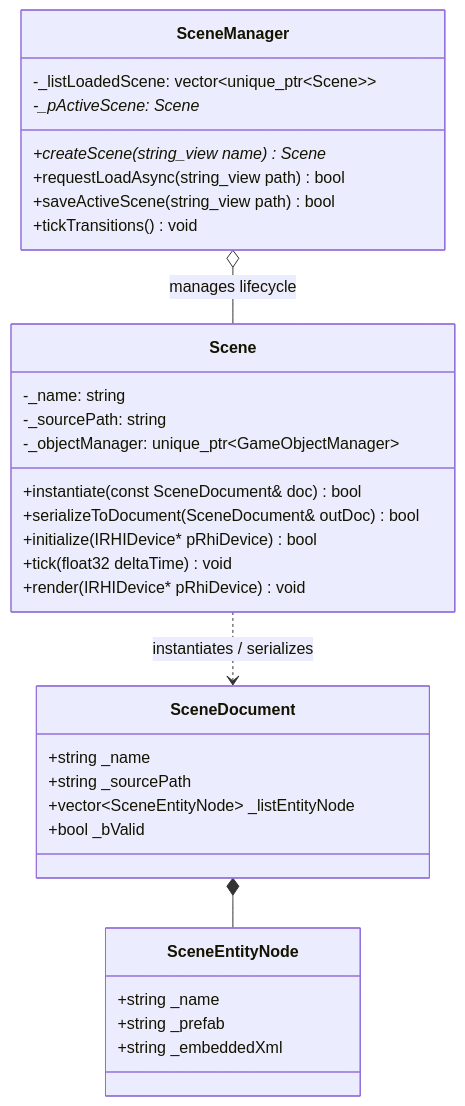
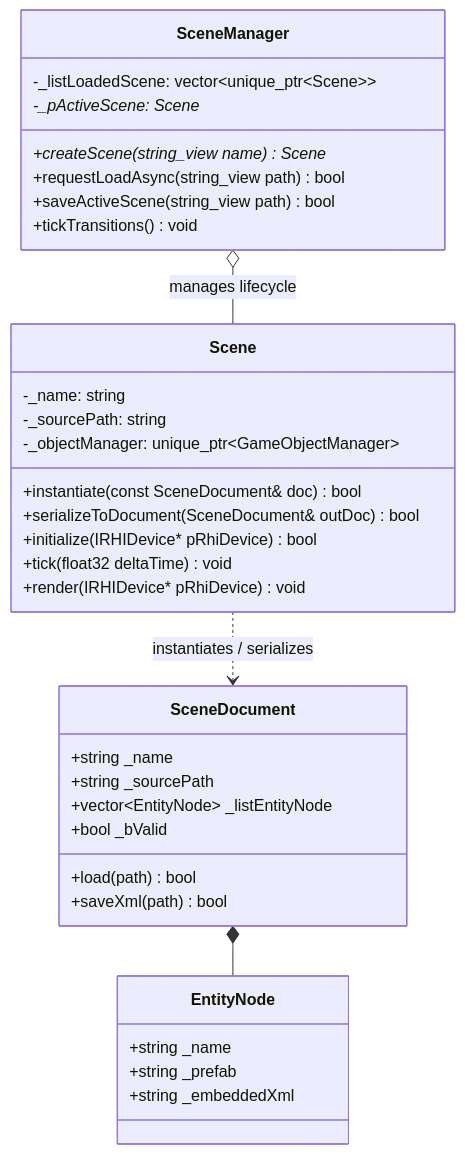
The diagram in Source/Engine/Scene/README.md (sswgame/LearningTemplate), drawn with Mermaid before and after one commit. The commit also changed other lines of this file and 67 other files, not shown here.

````diff
--- a/Source/Engine/Scene/README.md
+++ b/Source/Engine/Scene/README.md
@@ -11,39 +11,41 @@
 ```mermaid
 classDiagram
     class SceneDocument {
         +string _name
         +string _sourcePath
-        +vector~SceneEntityNode~ _listEntityNode
+        +vector~EntityNode~ _listEntityNode
         +bool _bValid
+        +load(path) bool
+        +saveXml(path) bool
     }
 
-    class SceneEntityNode {
+    class EntityNode {
         +string _name
         +string _prefab
         +string _embeddedXml
     }
 
     class Scene {
         -_name: string
         -_sourcePath: string
         -_objectManager: unique_ptr~GameObjectManager~
         +instantiate(const SceneDocument& doc) bool
         +serializeToDocument(SceneDocument& outDoc) bool
         +initialize(IRHIDevice* pRhiDevice) bool
         +tick(float32 deltaTime) void
         +render(IRHIDevice* pRhiDevice) void
     }
 
     class SceneManager {
         -_listLoadedScene: vector~unique_ptr~Scene~~
         -_pActiveScene: Scene*
         +createScene(string_view name) Scene*
         +requestLoadAsync(string_view path) bool
         +saveActiveScene(string_view path) bool
         +tickTransitions() void
     }
 
-    SceneDocument *-- SceneEntityNode
+    SceneDocument *-- EntityNode
     Scene ..> SceneDocument : instantiates / serializes
     SceneManager o-- Scene : manages lifecycle
 ```
````
